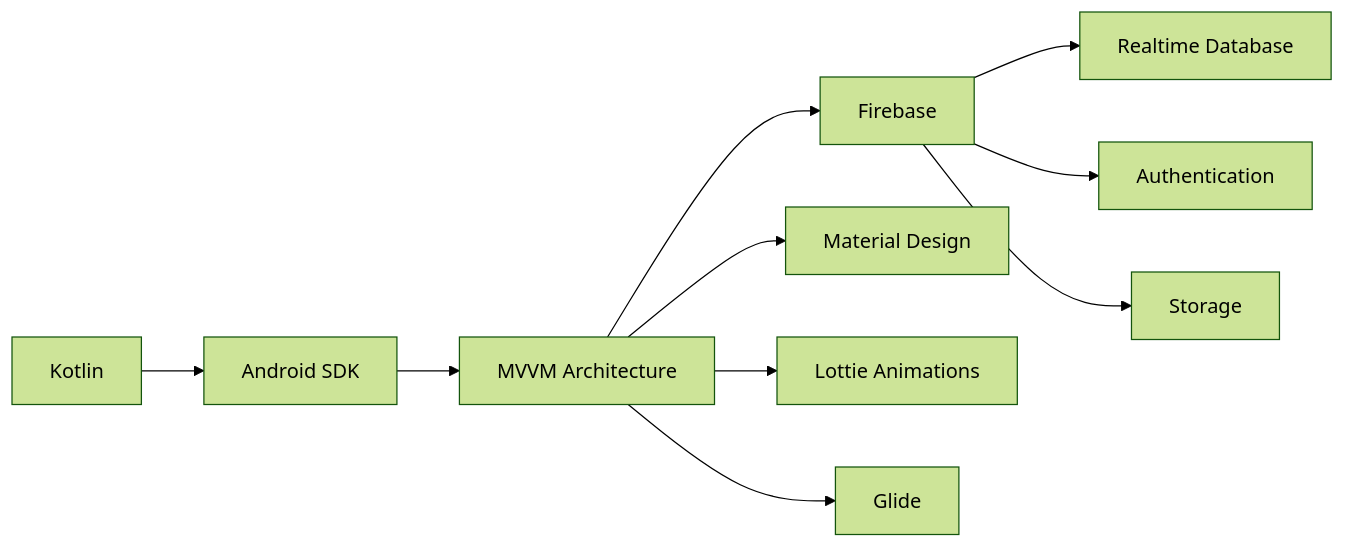
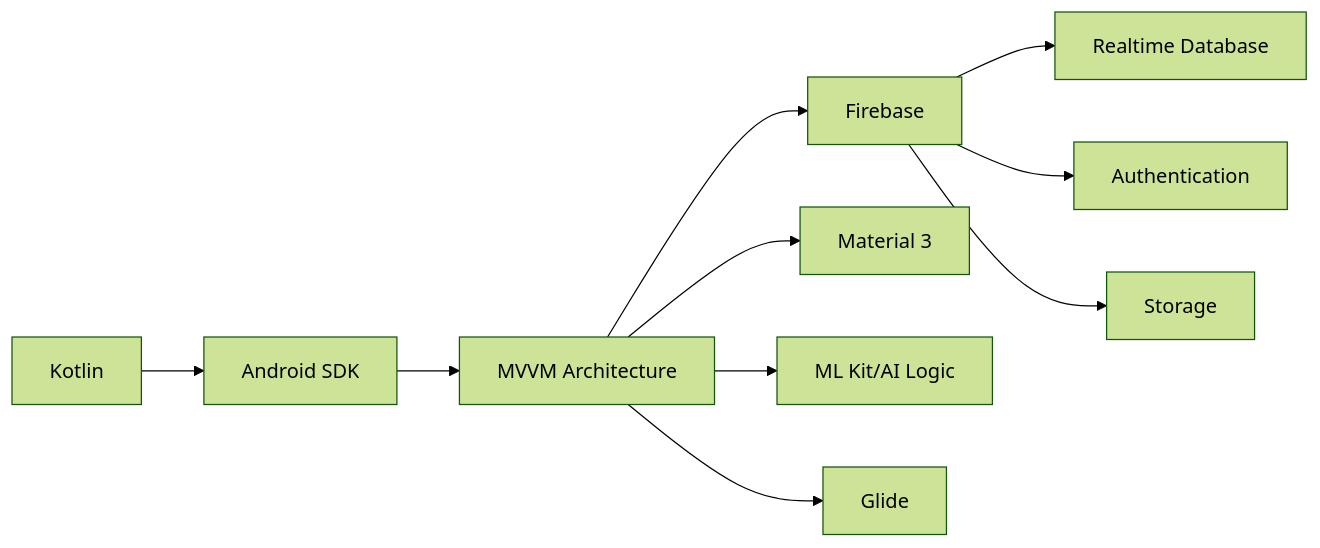
The first of 2 diagrams in README.md (Satwik51/BookMyHealth), drawn with Mermaid (forest theme) before and after one commit. The commit also changed other lines of this file, not shown here.

````diff
--- a/README.md
+++ b/README.md
@@ -153,12 +101,12 @@
 ```mermaid
 graph LR
     A[Kotlin] --> B[Android SDK]
     B --> C[MVVM Architecture]
     C --> D[Firebase]
     D --> E[Realtime Database]
     D --> F[Authentication]
     D --> G[Storage]
-    C --> H[Material Design]
-    C --> I[Lottie Animations]
+    C --> H[Material 3]
+    C --> I[ML Kit/AI Logic]
     C --> J[Glide]
 ```
````
